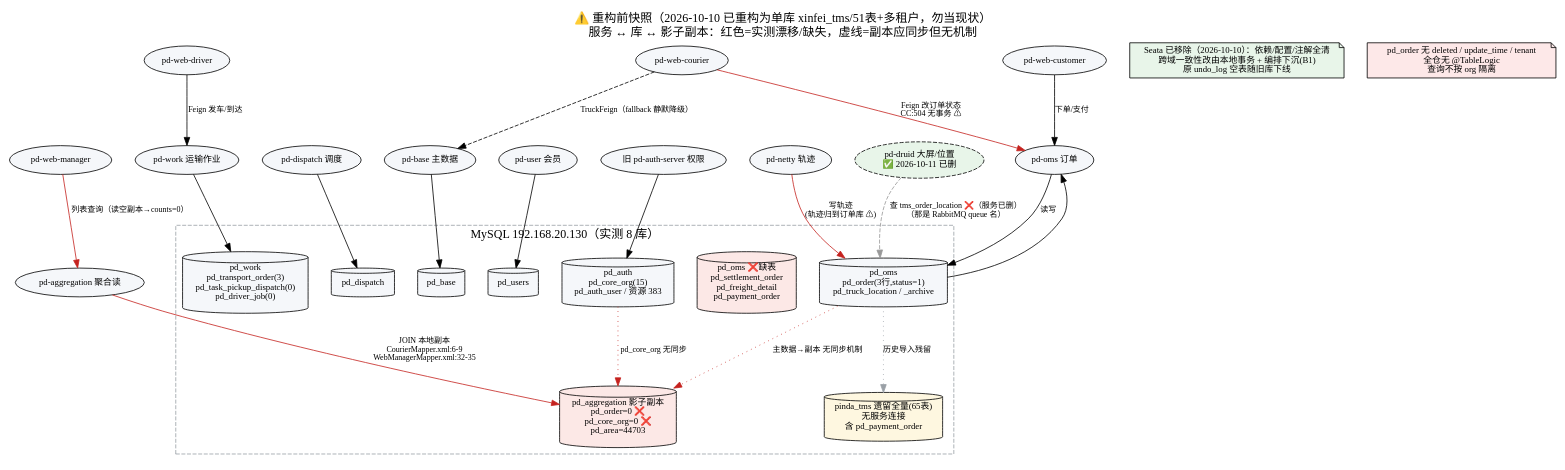
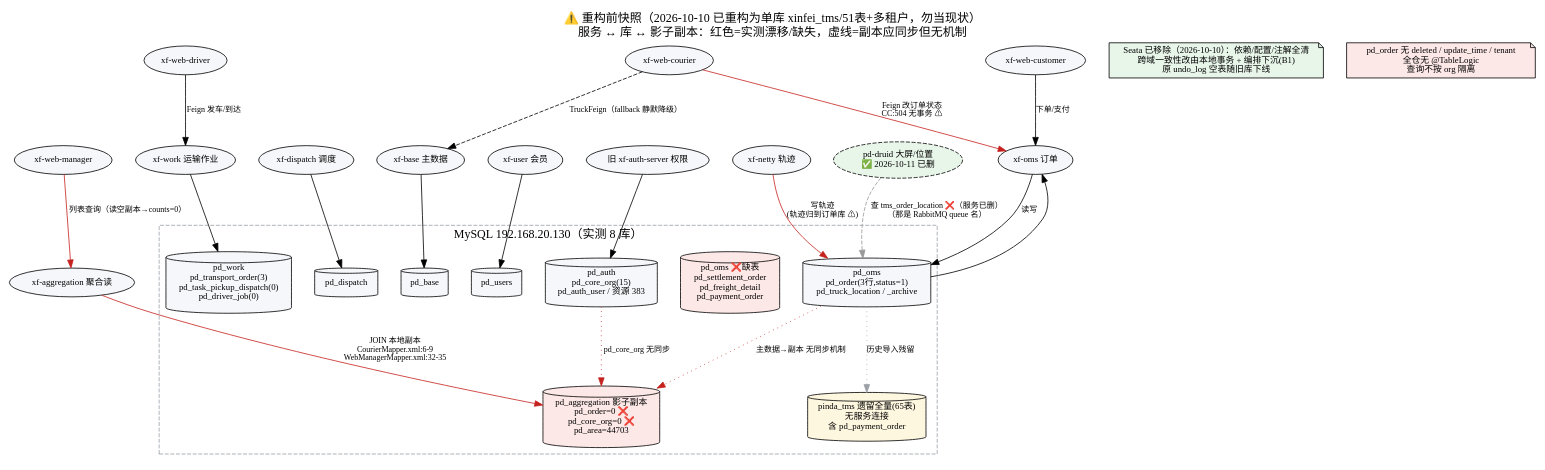
One commit to itxinfei/pinda-tms changed the diagram in docs/architecture/data-ownership.dot. Above: the diagram before and after it, drawn with Graphviz. The commit also changed 26 other files, not shown here.

```diff
--- a/docs/architecture/data-ownership.dot
+++ b/docs/architecture/data-ownership.dot
@@ -1,51 +1,51 @@
 // 🔴 2026-10-10 已过时：本图为重构前快照。数据库已由"8 库"重构为【单一物理库 xinfei_tms（51 表）+ tenant_id 多租户】，表按 sys_/dict_/base_/oms_/disp_/work_/member_/iot_ 八域前缀归属（写严格归属、读可适度跨域）。现行口径见 docs/02、《需求文档/45》。图内 pd_oms/pd_auth 等旧库名仅作历史问题留痕。
 // 数据归属与服务边界 current-state（重构前快照；证据：Nacos datasource 实测 + information_schema 实测 + mapper/Feign 代码）
 digraph data_ownership {
   rankdir=TB; nodesep=0.4; ranksep=0.8;
   graph [fontname="Microsoft YaHei", fontsize=15, labelloc=t,
          label="⚠️ 重构前快照（2026-10-10 已重构为单库 xinfei_tms/51表+多租户，勿当现状）\n服务 ↔ 库 ↔ 影子副本：红色=实测漂移/缺失，虚线=副本应同步但无机制"];
   node [fontname="Microsoft YaHei", fontsize=11, style="rounded,filled", fillcolor="#f5f7fa"];
   edge [fontname="Microsoft YaHei", fontsize=10];
 
   // 服务
-  oms [label="pd-oms 订单"]; work [label="pd-work 运输作业"]; disp [label="pd-dispatch 调度"];
-  base [label="pd-base 主数据"]; user [label="pd-user 会员"]; auth [label="旧 pd-auth-server 权限"];
-  agg [label="pd-aggregation 聚合读"]; netty [label="pd-netty 轨迹"]; druid [label="pd-druid 大屏/位置\n✅ 2026-10-11 已删", style="filled,dashed", fillcolor="#e8f5e9"];
-  webm [label="pd-web-manager"]; webc [label="pd-web-courier"]; webd [label="pd-web-driver"]; webu [label="pd-web-customer"];
+  oms [label="xf-oms 订单"]; work [label="xf-work 运输作业"]; disp [label="xf-dispatch 调度"];
+  base [label="xf-base 主数据"]; user [label="xf-user 会员"]; auth [label="旧 xf-auth-server 权限"];
+  agg [label="xf-aggregation 聚合读"]; netty [label="xf-netty 轨迹"]; druid [label="pd-druid 大屏/位置\n✅ 2026-10-11 已删", style="filled,dashed", fillcolor="#e8f5e9"];
+  webm [label="xf-web-manager"]; webc [label="xf-web-courier"]; webd [label="xf-web-driver"]; webu [label="xf-web-customer"];
 
   // 库（红色对象为实测问题）
   subgraph cluster_dbs { label="MySQL 192.168.20.130（实测 8 库）"; style=dashed; color="#9aa0a6";
     dpdoms [label="pd_oms\npd_order(3行,status=1)\npd_truck_location / _archive", shape=cylinder];
     dpmom [label="pd_oms ❌缺表\npd_settlement_order\npd_freight_detail\npd_payment_order", shape=cylinder, fillcolor="#fce8e6"];
     dpwork [label="pd_work\npd_transport_order(3)\npd_task_pickup_dispatch(0)\npd_driver_job(0)", shape=cylinder];
     dpdisp [label="pd_dispatch", shape=cylinder];
     dpbase [label="pd_base", shape=cylinder];
     dpuser [label="pd_users", shape=cylinder];
     dpauth [label="pd_auth\npd_core_org(15)\npd_auth_user / 资源 383", shape=cylinder];
     dpagg [label="pd_aggregation 影子副本\npd_order=0 ❌\npd_core_org=0 ❌\npd_area=44703", shape=cylinder, fillcolor="#fce8e6"];
     dpleg [label="pinda_tms 遗留全量(65表)\n无服务连接\n含 pd_payment_order", shape=cylinder, fillcolor="#fef7e0"];
   }
 
   oms -> dpdoms [label="读写"];
   work -> dpwork; disp -> dpdisp; base -> dpbase; user -> dpuser; auth -> dpauth;
   netty -> dpdoms [label="写轨迹\n(轨迹归到订单库 ⚠)", color="#c5221f"];
   druid -> dpdoms [label="查 tms_order_location ❌（服务已删）\n（那是 RabbitMQ queue 名）", color="#999999", style=dashed];
   agg -> dpagg [label="JOIN 本地副本\nCourierMapper.xml:6-9\nWebManagerMapper.xml:32-35", color="#c5221f"];
   oms -> dpdoms [dir=back, label=""];
 
   // 副本应有的同步（无实现）
   dpdoms -> dpagg [style=dotted, label="主数据→副本 无同步机制", color="#c5221f"];
   dpauth -> dpagg [style=dotted, label="pd_core_org 无同步", color="#c5221f"];
   dpdoms -> dpleg [style=dotted, label="历史导入残留", color="#9aa0a6"];
 
   // Feign 写路径
   webc -> oms [label="Feign 改订单状态\nCC:504 无事务 ⚠", color="#c5221f"];
   webd -> work [label="Feign 发车/到达"];
   webm -> agg [label="列表查询（读空副本→counts=0）", color="#c5221f"];
   webu -> oms [label="下单/支付"];
   webc -> base [label="TruckFeign（fallback 静默降级）", style=dashed];
 
   // 事务边界
   note1 [label="Seata 已移除（2026-10-10）：依赖/配置/注解全清\n跨域一致性改由本地事务 + 编排下沉(B1)\n原 undo_log 空表随旧库下线", shape=note, fillcolor="#e8f5e9"];
   note2 [label="pd_order 无 deleted / update_time / tenant\n全仓无 @TableLogic\n查询不按 org 隔离", shape=note, fillcolor="#fde8e8"];
 }
```
